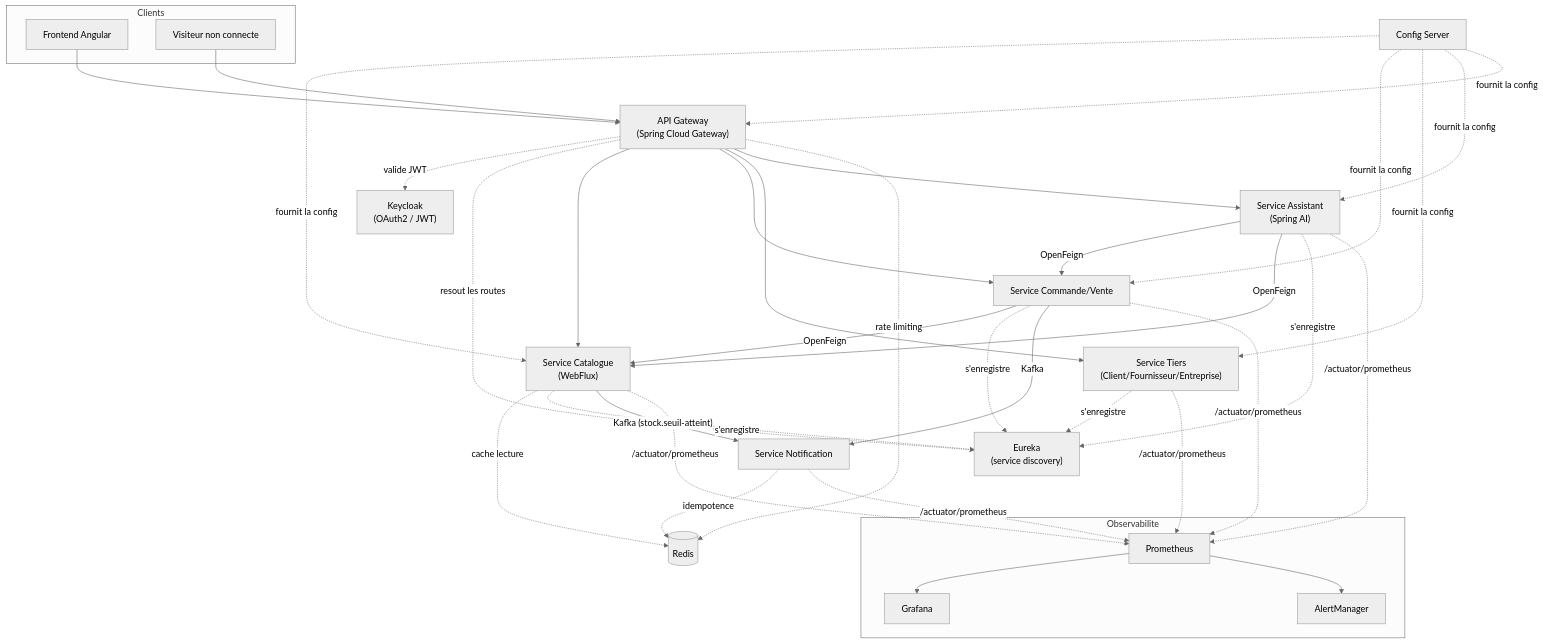
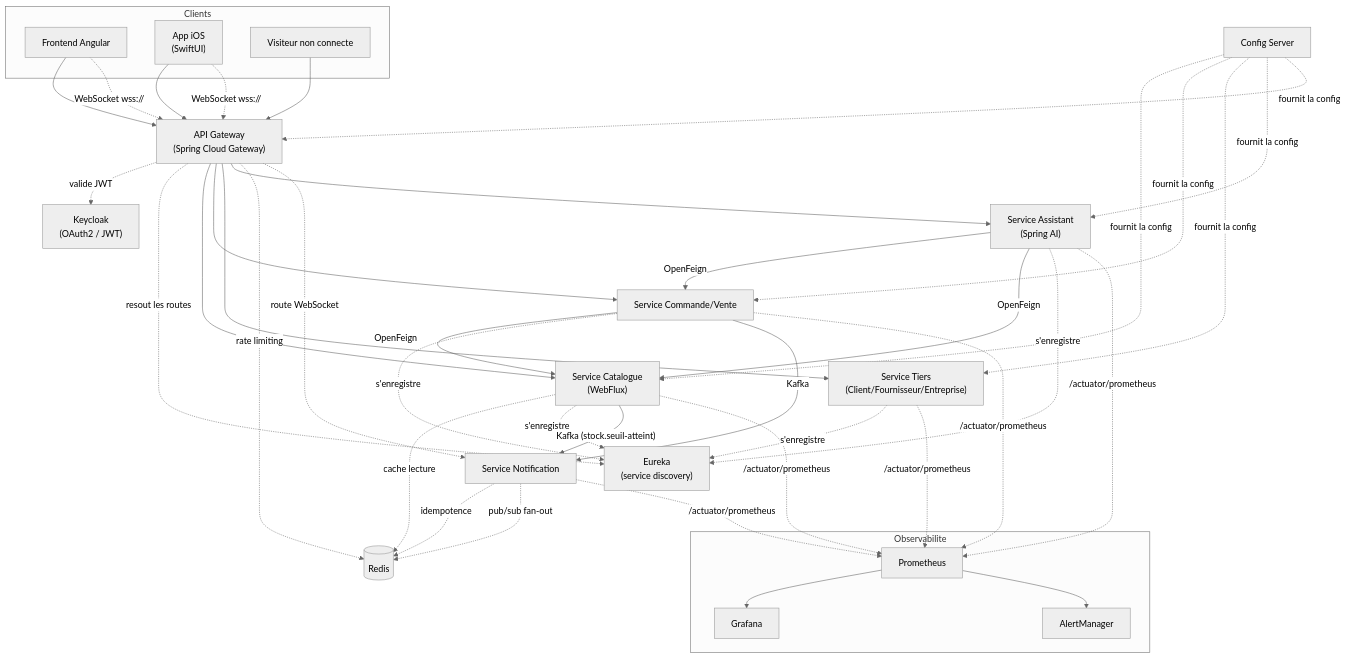
The diagram in diagrams/ARCHITECTURE.md (LeFab70/ecommerceFromScratch), drawn with Mermaid (neutral theme) before and after one commit. The commit also changed other lines of this file and 2 other files, not shown here.

Commit message:
architecture updated

````diff
--- a/diagrams/ARCHITECTURE.md
+++ b/diagrams/ARCHITECTURE.md
@@ -7,60 +7,66 @@
 ```mermaid
 flowchart TB
     subgraph Clients
         Angular[Frontend Angular]
+        SwiftUI["App iOS<br/>(SwiftUI)"]
         Guest[Visiteur non connecte]
     end
 
     Angular --> GW
+    SwiftUI --> GW
     Guest --> GW
 
     GW["API Gateway<br/>(Spring Cloud Gateway)"]
     KC["Keycloak<br/>(OAuth2 / JWT)"]
     EU["Eureka<br/>(service discovery)"]
     CFG["Config Server"]
 
     GW -. valide JWT .-> KC
     GW -. resout les routes .-> EU
 
     GW --> CAT["Service Catalogue<br/>(WebFlux)"]
     GW --> CDE["Service Commande/Vente"]
     GW --> TIERS["Service Tiers<br/>(Client/Fournisseur/Entreprise)"]
     GW --> IA["Service Assistant<br/>(Spring AI)"]
 
     REDIS[(Redis)]
     GW -. rate limiting .-> REDIS
     CAT -. cache lecture .-> REDIS
     NOTIF -. idempotence .-> REDIS
 
     CDE -- OpenFeign --> CAT
     IA -- OpenFeign --> CDE
     IA -- OpenFeign --> CAT
 
     CAT -. s'enregistre .-> EU
     CDE -. s'enregistre .-> EU
     TIERS -. s'enregistre .-> EU
     IA -. s'enregistre .-> EU
 
     CFG -. fournit la config .-> CAT
     CFG -. fournit la config .-> CDE
     CFG -. fournit la config .-> TIERS
     CFG -. fournit la config .-> IA
     CFG -. fournit la config .-> GW
 
     CDE -- Kafka --> NOTIF["Service Notification"]
     CAT -- Kafka (stock.seuil-atteint) --> NOTIF
+    Angular -. WebSocket wss:// .-> GW
+    SwiftUI -. WebSocket wss:// .-> GW
+    GW -. route WebSocket .-> NOTIF
+    NOTIF -. pub/sub fan-out .-> REDIS
 
     subgraph Observabilite
         PROM[Prometheus]
         GRAF[Grafana]
         ALERT[AlertManager]
     end
 
     CAT -. /actuator/prometheus .-> PROM
     CDE -. /actuator/prometheus .-> PROM
     TIERS -. /actuator/prometheus .-> PROM
     NOTIF -. /actuator/prometheus .-> PROM
     IA -. /actuator/prometheus .-> PROM
     PROM --> GRAF
     PROM --> ALERT
 ```
````
